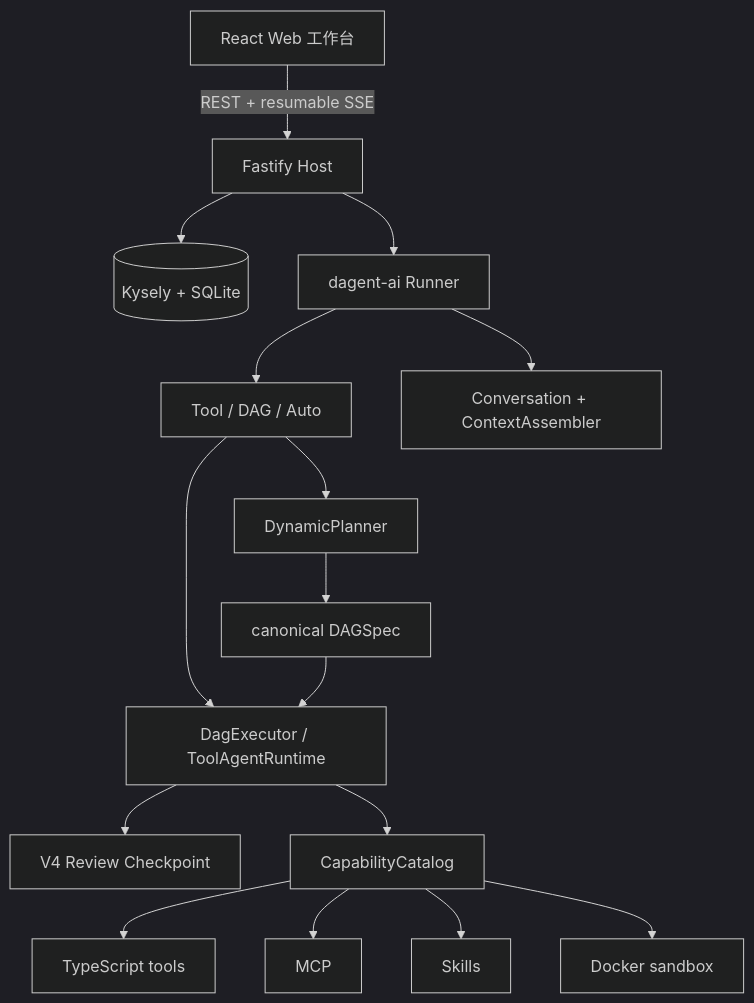
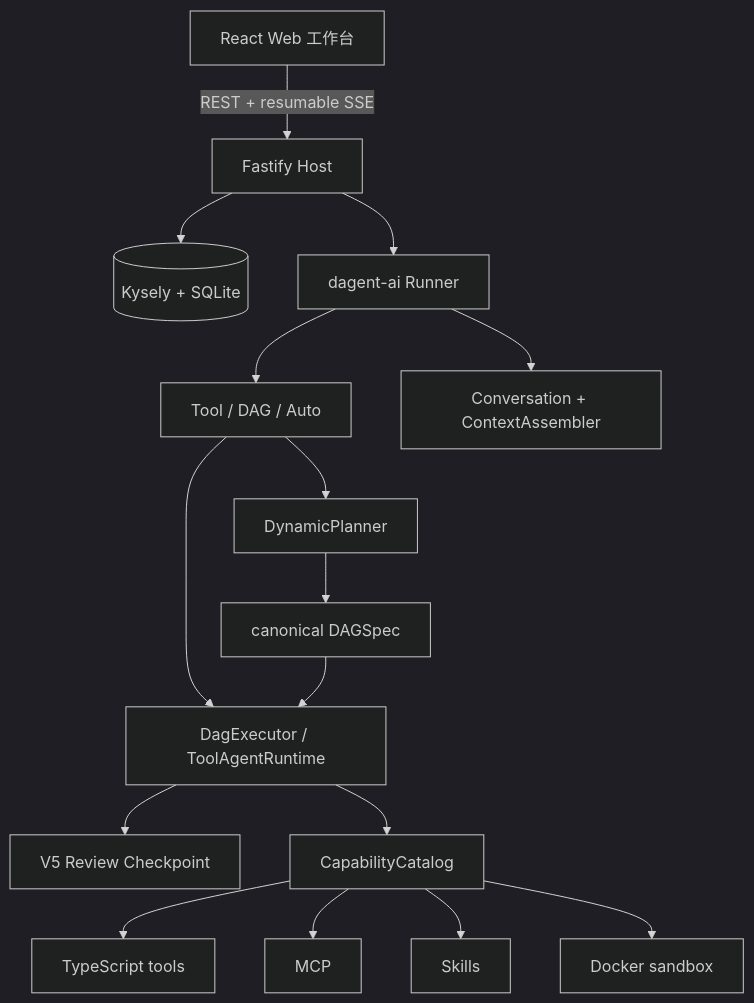
The diagram in README.zh-CN.md (RobotSe7en/dagent-ts), drawn with Mermaid (dark theme) before and after one commit. The commit also changed other lines of this file and 141 other files, not shown here.

````diff
--- a/README.zh-CN.md
+++ b/README.zh-CN.md
@@ -145,20 +157,20 @@
 ```mermaid
 flowchart TB
   Web["React Web 工作台"] -->|REST + resumable SSE| App
   App["Fastify Host"] --> DB[("Kysely + SQLite")]
   App --> Runner
 
   Runner["dagent-ai Runner"] --> Router["Tool / DAG / Auto"]
   Runner --> Context["Conversation + ContextAssembler"]
   Router --> Planner["DynamicPlanner"]
   Router --> Executor["DagExecutor / ToolAgentRuntime"]
   Planner --> Spec["canonical DAGSpec"]
   Spec --> Executor
-  Executor --> Review["V4 Review Checkpoint"]
+  Executor --> Review["V5 Review Checkpoint"]
   Executor --> Catalog["CapabilityCatalog"]
 
   Catalog --> TS["TypeScript tools"]
   Catalog --> MCP["MCP"]
   Catalog --> Skills["Skills"]
   Catalog --> Sandbox["Docker sandbox"]
 ```
````
